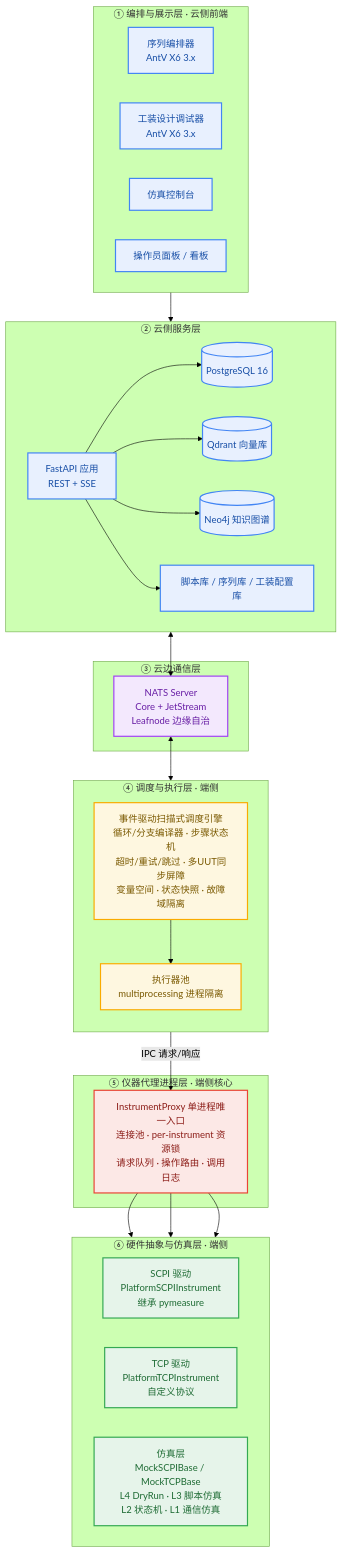
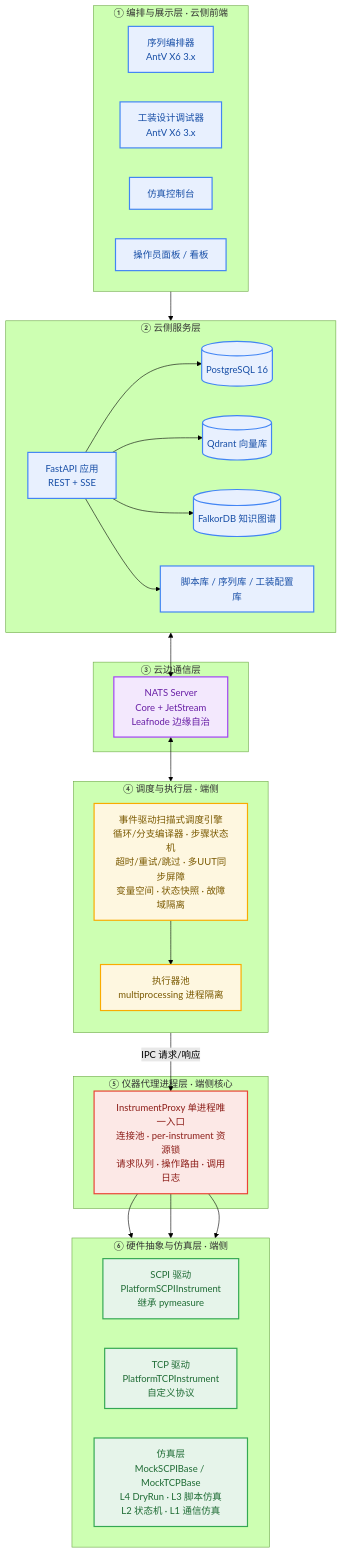
Before and after one commit to chenjun420/ATEStudio: the third of 14 diagrams in docs/ATE Studio系统方案与详细设计文档.md, drawn with Mermaid (forest theme). The commit also changed other lines of this file and 206 other files, not shown here.

````diff
--- a/docs/ATE Studio系统方案与详细设计文档.md
+++ b/docs/ATE Studio系统方案与详细设计文档.md
@@ -204,54 +204,54 @@
 ```mermaid
 flowchart TB
     classDef cloud fill:#E8F0FE,stroke:#4285F4,stroke-width:2px,color:#174EA6
     classDef comm fill:#F3E8FD,stroke:#A142F4,stroke-width:2px,color:#681EA5
     classDef edge fill:#FEF7E0,stroke:#F9AB00,stroke-width:2px,color:#7A5900
     classDef proxy fill:#FCE8E6,stroke:#EA4335,stroke-width:2px,color:#8C1D18
     classDef hal fill:#E6F4EA,stroke:#34A853,stroke-width:2px,color:#1E6B34
 
     subgraph L1[① 编排与展示层 · 云侧前端]
         direction LR
         F1[序列编排器<br/>AntV X6 3.x]:::cloud
         F2[工装设计调试器<br/>AntV X6 3.x]:::cloud
         F3[仿真控制台]:::cloud
         F4[操作员面板 / 看板]:::cloud
     end
 
     subgraph L2[② 云侧服务层]
         direction LR
         S1[FastAPI 应用<br/>REST + SSE]:::cloud
         S2[(PostgreSQL 16)]:::cloud
         S3[(Qdrant 向量库)]:::cloud
-        S4[(Neo4j 知识图谱)]:::cloud
+        S4[(FalkorDB 知识图谱)]:::cloud
         S5[脚本库 / 序列库 / 工装配置库]:::cloud
     end
 
     subgraph L3[③ 云边通信层]
         N1[NATS Server<br/>Core + JetStream<br/>Leafnode 边缘自治]:::comm
     end
 
     subgraph L4[④ 调度与执行层 · 端侧]
         direction TB
         SC[事件驱动扫描式调度引擎<br/>循环/分支编译器 · 步骤状态机<br/>超时/重试/跳过 · 多UUT同步屏障<br/>变量空间 · 状态快照 · 故障域隔离]:::edge
         EX[执行器池<br/>multiprocessing 进程隔离]:::edge
         SC --> EX
     end
 
     subgraph L5[⑤ 仪器代理进程层 · 端侧核心]
         PR[InstrumentProxy 单进程唯一入口<br/>连接池 · per-instrument 资源锁<br/>请求队列 · 操作路由 · 调用日志]:::proxy
     end
 
     subgraph L6[⑥ 硬件抽象与仿真层 · 端侧]
         direction LR
         DRV1[SCPI 驱动<br/>PlatformSCPIInstrument<br/>继承 pymeasure]:::hal
         DRV2[TCP 驱动<br/>PlatformTCPInstrument<br/>自定义协议]:::hal
         SIM[仿真层<br/>MockSCPIBase / MockTCPBase<br/>L4 DryRun · L3 脚本仿真<br/>L2 状态机 · L1 通信仿真]:::hal
     end
 
     L1 --> S1
     S1 --> S2 & S3 & S4 & S5
     S1 <--> N1
     N1 <--> SC
     EX -->|IPC 请求/响应| PR
     PR --> DRV1 & DRV2 & SIM
 ```
````
